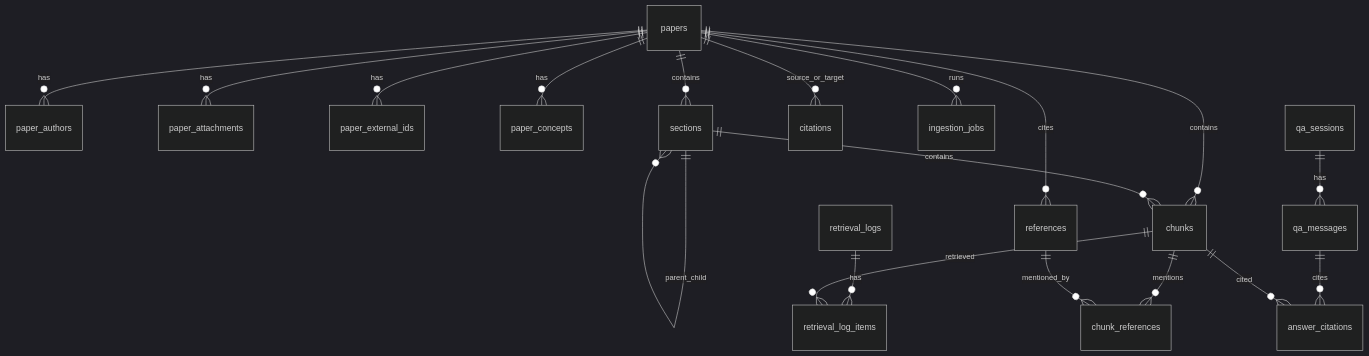
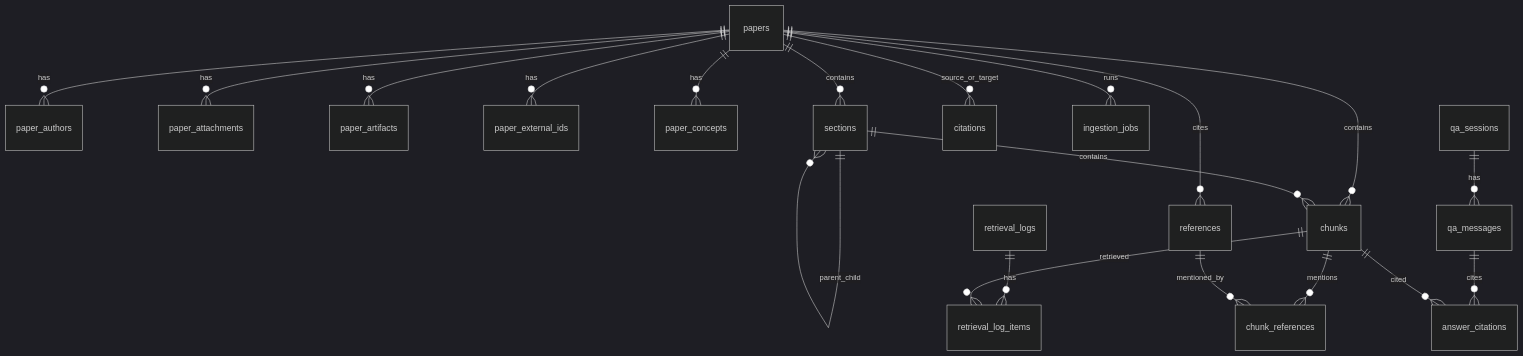
One commit to returnbreak/ScholarEase changed the diagram in MySQL库表设计.md. Above: the diagram before and after it, drawn with Mermaid (dark theme). The commit also changed other lines of this file and 11 other files, not shown here.

````diff
--- a/MySQL库表设计.md
+++ b/MySQL库表设计.md
@@ -99,25 +119,26 @@
 ```mermaid
 erDiagram
     papers ||--o{ paper_authors : has
     papers ||--o{ paper_attachments : has
+    papers ||--o{ paper_artifacts : has
     papers ||--o{ paper_external_ids : has
     papers ||--o{ paper_concepts : has
     papers ||--o{ sections : contains
     papers ||--o{ chunks : contains
     papers ||--o{ references : cites
     papers ||--o{ citations : source_or_target
     papers ||--o{ ingestion_jobs : runs
 
     sections ||--o{ sections : parent_child
     sections ||--o{ chunks : contains
 
     chunks ||--o{ chunk_references : mentions
     references ||--o{ chunk_references : mentioned_by
 
     retrieval_logs ||--o{ retrieval_log_items : has
     chunks ||--o{ retrieval_log_items : retrieved
 
     qa_sessions ||--o{ qa_messages : has
     qa_messages ||--o{ answer_citations : cites
     chunks ||--o{ answer_citations : cited
 ```
````
